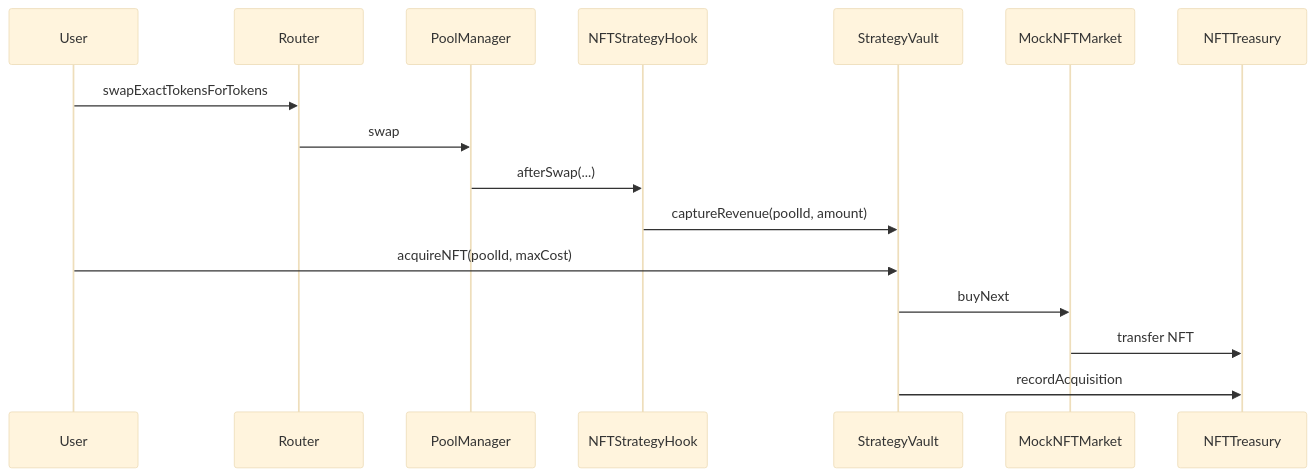
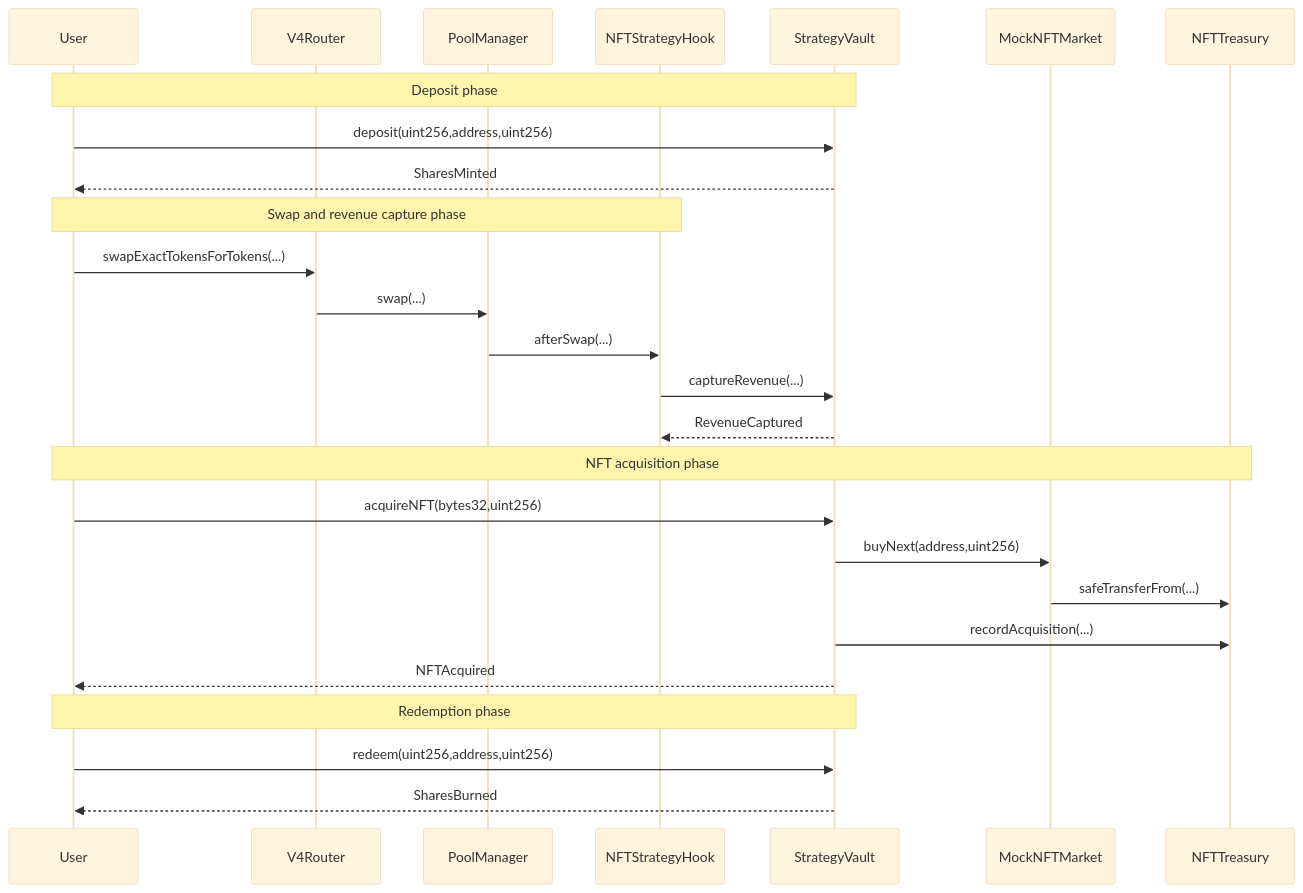
The third of 3 diagrams in README.md (smartman873/nft-strategy-token-hook), drawn with Mermaid (base theme) before and after one commit. The commit also changed other lines of this file and 1 other file, not shown here.

````diff
--- a/README.md
+++ b/README.md
@@ -41,19 +97,32 @@
 ```mermaid
 sequenceDiagram
-    participant U as User
-    participant R as Router
-    participant P as PoolManager
-    participant H as NFTStrategyHook
-    participant V as StrategyVault
-    participant M as MockNFTMarket
-    participant T as NFTTreasury
+  participant User
+  participant Router as V4Router
+  participant PM as PoolManager
+  participant Hook as NFTStrategyHook
+  participant Vault as StrategyVault
+  participant Market as MockNFTMarket
+  participant Treasury as NFTTreasury
 
-    U->>R: swapExactTokensForTokens
-    R->>P: swap
-    P->>H: afterSwap(...)
-    H->>V: captureRevenue(poolId, amount)
-    U->>V: acquireNFT(poolId, maxCost)
-    V->>M: buyNext
-    M->>T: transfer NFT
-    V->>T: recordAcquisition
+  Note over User,Vault: Deposit phase
+  User->>Vault: deposit(uint256,address,uint256)
+  Vault-->>User: SharesMinted
+
+  Note over User,Hook: Swap and revenue capture phase
+  User->>Router: swapExactTokensForTokens(...)
+  Router->>PM: swap(...)
+  PM->>Hook: afterSwap(...)
+  Hook->>Vault: captureRevenue(...)
+  Vault-->>Hook: RevenueCaptured
+
+  Note over User,Treasury: NFT acquisition phase
+  User->>Vault: acquireNFT(bytes32,uint256)
+  Vault->>Market: buyNext(address,uint256)
+  Market->>Treasury: safeTransferFrom(...)
+  Vault->>Treasury: recordAcquisition(...)
+  Vault-->>User: NFTAcquired
+
+  Note over User,Vault: Redemption phase
+  User->>Vault: redeem(uint256,address,uint256)
+  Vault-->>User: SharesBurned
 ```
````
